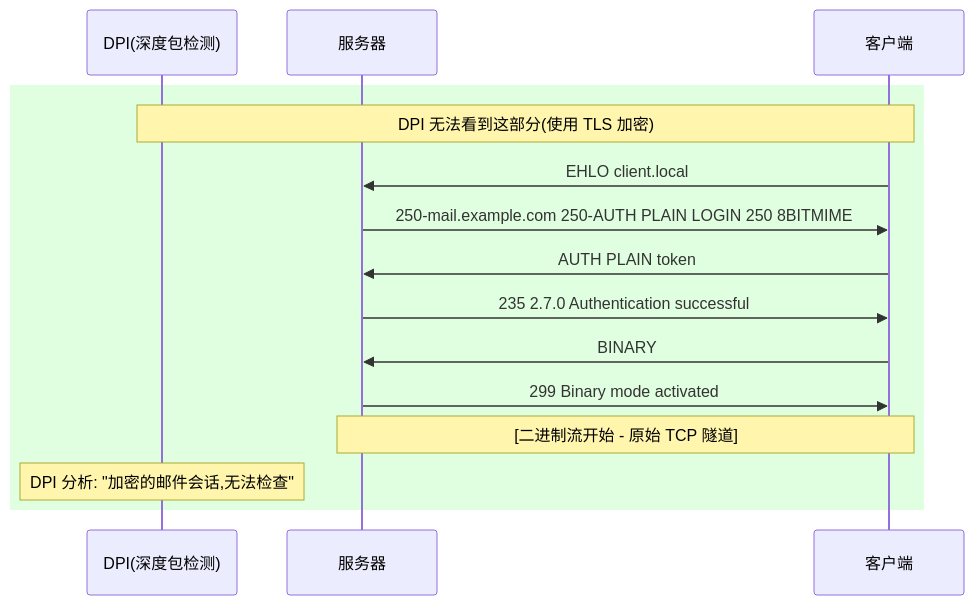
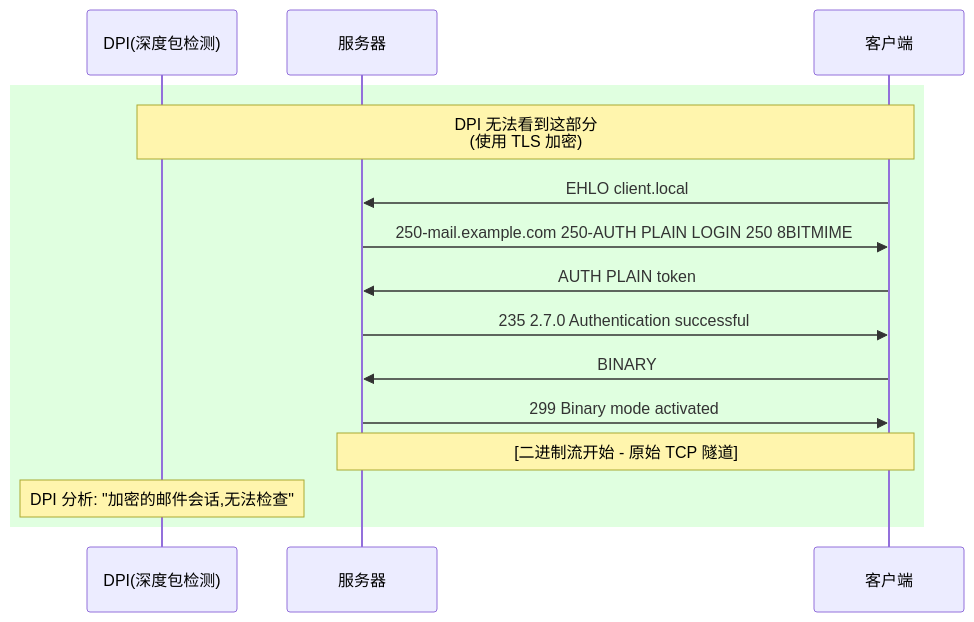
Before and after one commit to purpose168/smtp-tunnel-proxy: the third of 12 diagrams in TECHNICAL.md, drawn with Mermaid.

Commit message:
docs: 在技术文档中为TLS加密说明添加换行符

````diff
--- a/TECHNICAL.md
+++ b/TECHNICAL.md
@@ -109,18 +109,18 @@
 ```mermaid
 sequenceDiagram
     participant DPI as DPI(深度包检测)
     participant Server as 服务器
     participant Client as 客户端
 
     rect rgb(224, 255, 224)
-        Note over DPI,Client: DPI 无法看到这部分(使用 TLS 加密)
+        Note over DPI,Client: DPI 无法看到这部分<br/>(使用 TLS 加密)
         Client->>Server: EHLO client.local
         Server->>Client: 250-mail.example.com 250-AUTH PLAIN LOGIN 250 8BITMIME
         Client->>Server: AUTH PLAIN token;
         Server->>Client: 235 2.7.0 Authentication successful
         Client->>Server: BINARY
         Server->>Client: 299 Binary mode activated
         Note over Client,Server: [二进制流开始 - 原始 TCP 隧道]
         Note over DPI: DPI 分析: "加密的邮件会话,无法检查"
     end
 ```
````
